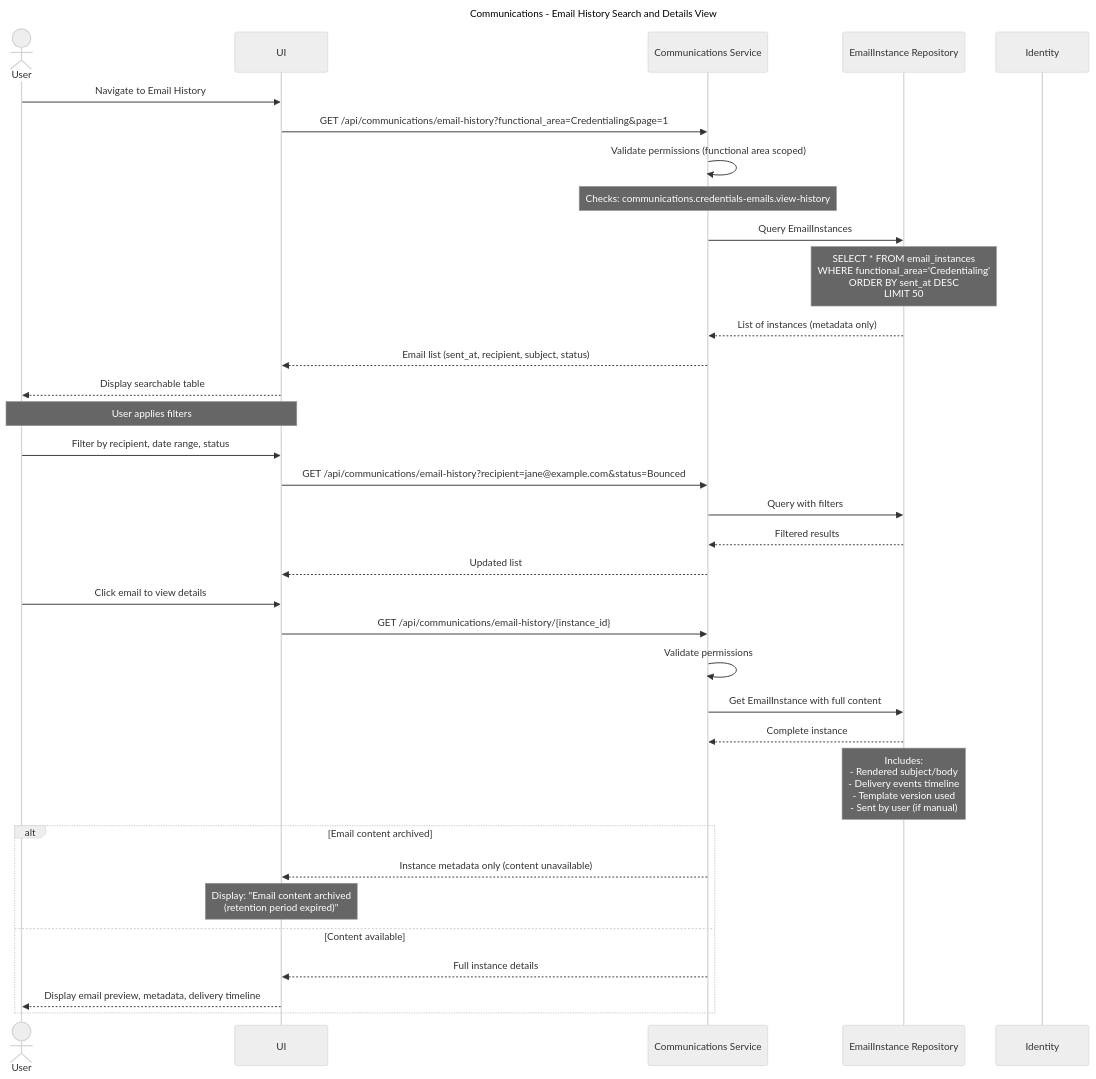
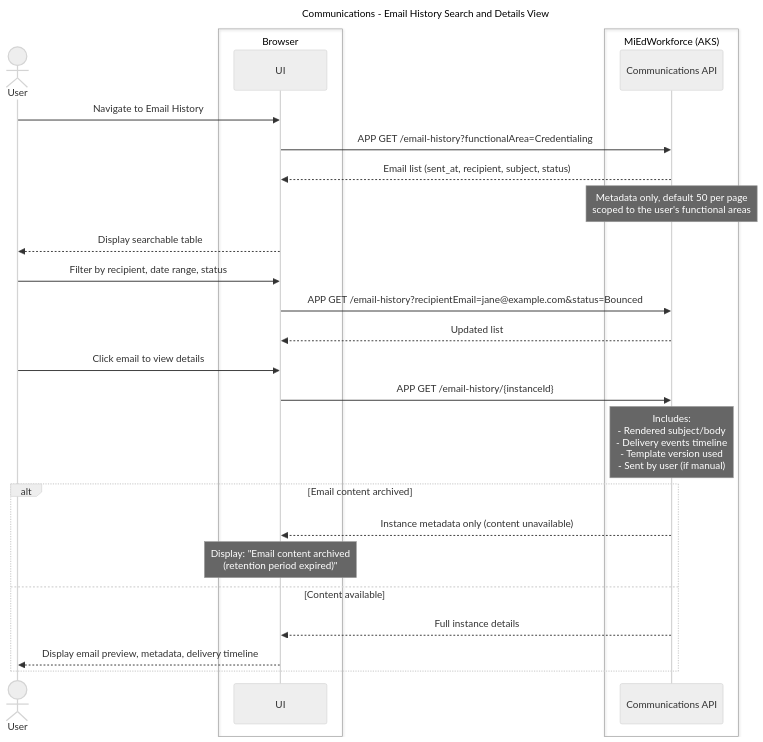
Before and after one commit to mnichols-dl/mied-design: the sixth of 15 diagrams in working-docs/solution-areas/communications/communications-sequences.md, drawn with Mermaid (neutral theme). The commit also changed other lines of this file and 34 other files, not shown here.

Commit message:
Update sequences and perform RTM assessment

````diff
--- a/working-docs/solution-areas/communications/communications-sequences.md
+++ b/working-docs/solution-areas/communications/communications-sequences.md
@@ -274,48 +318,35 @@
 ```mermaid
 ---
 title: Communications - Email History Search and Details View
 ---
 sequenceDiagram
     actor User
+    box Browser
     participant UI
-    participant Comms as Communications Service
-    participant InstanceRepo as EmailInstance Repository
-    participant Identity
-    
+    end
+    box MiEdWorkforce (AKS)
+    participant CommApi as Communications API
+    end
+
     User->>UI: Navigate to Email History
-    UI->>Comms: GET /api/communications/email-history?functional_area=Credentialing&page=1
-    
-    Comms->>Comms: Validate permissions (functional area scoped)
-    Note over Comms: Checks: communications.credentials-emails.view-history
-    
-    Comms->>InstanceRepo: Query EmailInstances
-    Note over InstanceRepo: SELECT * FROM email_instances<br/>WHERE functional_area='Credentialing'<br/>ORDER BY sent_at DESC<br/>LIMIT 50
-    InstanceRepo-->>Comms: List of instances (metadata only)
-    
-    Comms-->>UI: Email list (sent_at, recipient, subject, status)
+    UI->>CommApi: APP GET /email-history?functionalArea=Credentialing
+    CommApi-->>UI: Email list (sent_at, recipient, subject, status)
+    Note over CommApi: Metadata only, default 50 per page<br/>scoped to the user's functional areas
     UI-->>User: Display searchable table
-    
-    Note over User,UI: User applies filters
-    
+
     User->>UI: Filter by recipient, date range, status
-    UI->>Comms: GET /api/communications/email-history?recipient=jane@example.com&status=Bounced
-    Comms->>InstanceRepo: Query with filters
-    InstanceRepo-->>Comms: Filtered results
-    Comms-->>UI: Updated list
-    
+    UI->>CommApi: APP GET /email-history?recipientEmail=jane@example.com&status=Bounced
+    CommApi-->>UI: Updated list
+
     User->>UI: Click email to view details
-    UI->>Comms: GET /api/communications/email-history/{instance_id}
-    
-    Comms->>Comms: Validate permissions
-    Comms->>InstanceRepo: Get EmailInstance with full content
-    InstanceRepo-->>Comms: Complete instance
-    Note over InstanceRepo: Includes:<br/>- Rendered subject/body<br/>- Delivery events timeline<br/>- Template version used<br/>- Sent by user (if manual)
-    
+    UI->>CommApi: APP GET /email-history/{instanceId}
+    Note over CommApi: Includes:<br/>- Rendered subject/body<br/>- Delivery events timeline<br/>- Template version used<br/>- Sent by user (if manual)
+
     alt Email content archived
-        Comms-->>UI: Instance metadata only (content unavailable)
+        CommApi-->>UI: Instance metadata only (content unavailable)
         Note over UI: Display: "Email content archived<br/>(retention period expired)"
     else Content available
-        Comms-->>UI: Full instance details
+        CommApi-->>UI: Full instance details
         UI-->>User: Display email preview, metadata, delivery timeline
     end
 ```
````
